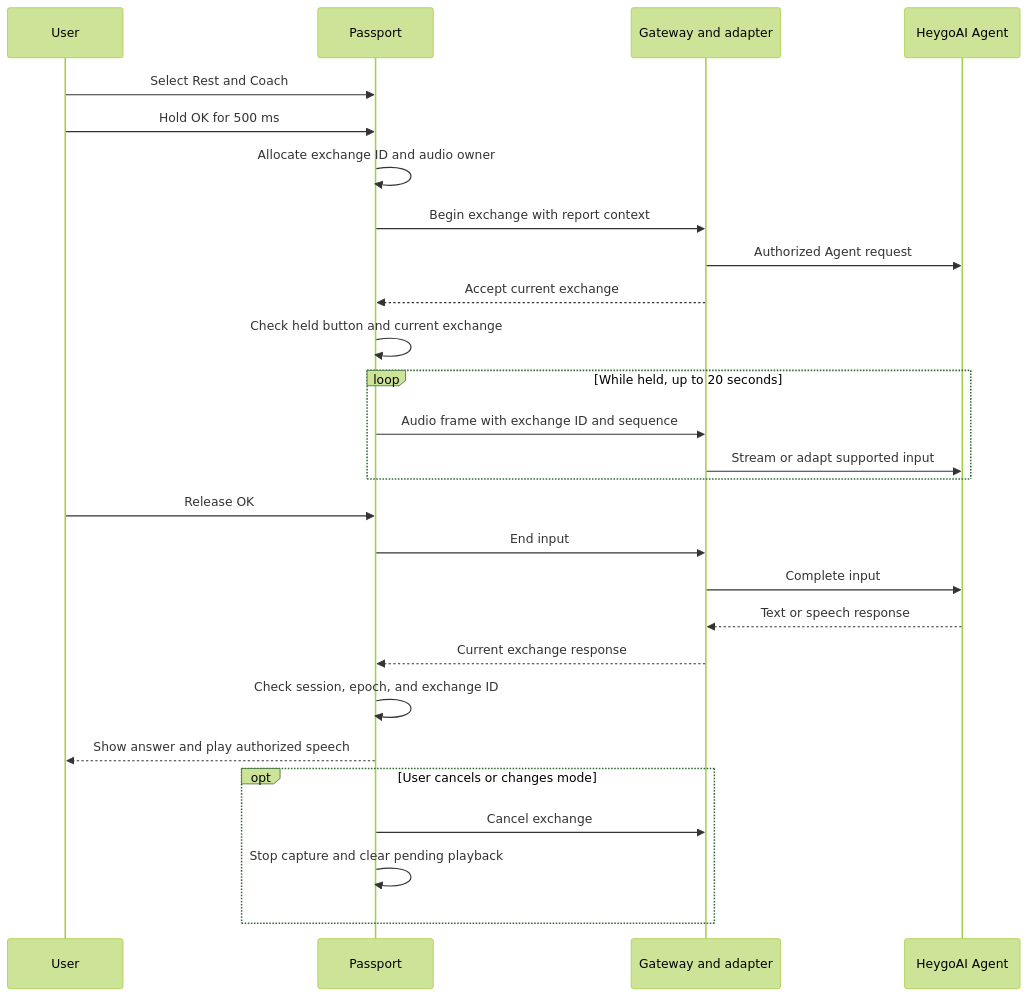
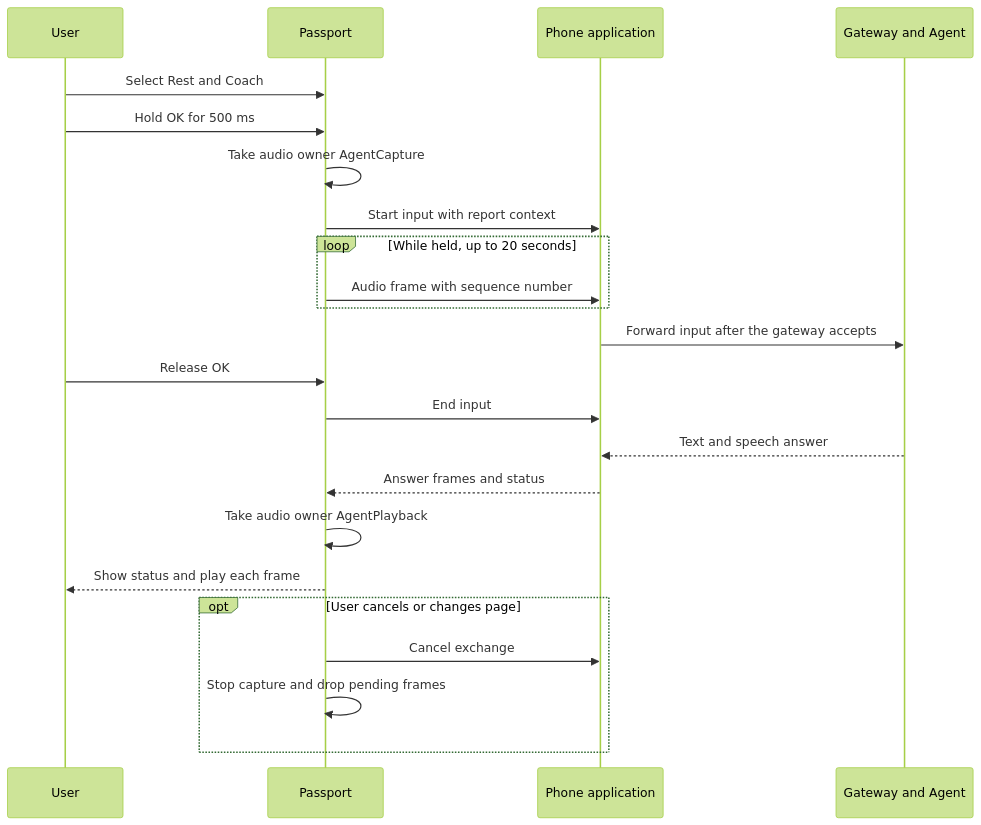
The second of 3 diagrams in 需求文件夹/02-architecture.md (Azuresword/Heygo-AiPassport), drawn with Mermaid (forest theme) before and after one commit. The commit also changed other lines of this file and 13 other files, not shown here.

````diff
--- a/需求文件夹/02-architecture.md
+++ b/需求文件夹/02-architecture.md
@@ -388,29 +402,25 @@
 ```mermaid
 sequenceDiagram
     participant U as User
     participant P as Passport
-    participant G as Gateway and adapter
-    participant H as HeygoAI Agent
+    participant A as Phone application
+    participant G as Gateway and Agent
     U->>P: Select Rest and Coach
     U->>P: Hold OK for 500 ms
-    P->>P: Allocate exchange ID and audio owner
-    P->>G: Begin exchange with report context
-    G->>H: Authorized Agent request
-    G-->>P: Accept current exchange
-    P->>P: Check held button and current exchange
+    P->>P: Take audio owner AgentCapture
+    P->>A: Start input with report context
     loop While held, up to 20 seconds
-        P->>G: Audio frame with exchange ID and sequence
-        G->>H: Stream or adapt supported input
+        P->>A: Audio frame with sequence number
     end
+    A->>G: Forward input after the gateway accepts
     U->>P: Release OK
-    P->>G: End input
-    G->>H: Complete input
-    H-->>G: Text or speech response
-    G-->>P: Current exchange response
-    P->>P: Check session, epoch, and exchange ID
-    P-->>U: Show answer and play authorized speech
-    opt User cancels or changes mode
-        P->>G: Cancel exchange
-        P->>P: Stop capture and clear pending playback
+    P->>A: End input
+    G-->>A: Text and speech answer
+    A-->>P: Answer frames and status
+    P->>P: Take audio owner AgentPlayback
+    P-->>U: Show status and play each frame
+    opt User cancels or changes page
+        P->>A: Cancel exchange
+        P->>P: Stop capture and drop pending frames
     end
 ```
````
